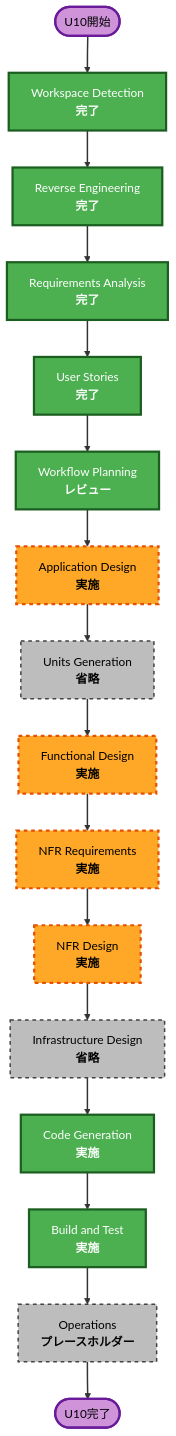
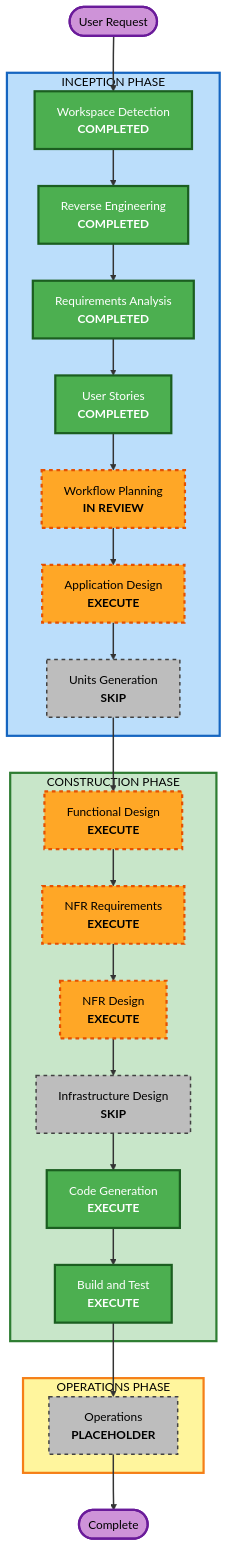
One commit to mori790/Zundamon_vido_Generator changed the diagram in aidlc-docs/inception/plans/execution-plan.md. Above: the diagram before and after it, drawn with Mermaid (neutral theme). The commit also changed other lines of this file and 52 other files, not shown here.

````diff
--- a/aidlc-docs/inception/plans/execution-plan.md
+++ b/aidlc-docs/inception/plans/execution-plan.md
@@ -30,51 +66,64 @@
 ```mermaid
 flowchart TD
-    Start(["U10開始"])
-    WD["Workspace Detection<br/><b>完了</b>"]
-    RE["Reverse Engineering<br/><b>完了</b>"]
-    RA["Requirements Analysis<br/><b>完了</b>"]
-    US["User Stories<br/><b>完了</b>"]
-    WP["Workflow Planning<br/><b>レビュー</b>"]
-    AD["Application Design<br/><b>実施</b>"]
-    UG["Units Generation<br/><b>省略</b>"]
-    FD["Functional Design<br/><b>実施</b>"]
-    NFRA["NFR Requirements<br/><b>実施</b>"]
-    NFRD["NFR Design<br/><b>実施</b>"]
-    ID["Infrastructure Design<br/><b>省略</b>"]
-    CG["Code Generation<br/><b>実施</b>"]
-    BT["Build and Test<br/><b>実施</b>"]
-    OPS["Operations<br/><b>プレースホルダー</b>"]
-    End(["U10完了"])
+    Start(["User Request"])
+
+    subgraph INCEPTION["INCEPTION PHASE"]
+        WD["Workspace Detection<br/><b>COMPLETED</b>"]
+        RE["Reverse Engineering<br/><b>COMPLETED</b>"]
+        RA["Requirements Analysis<br/><b>COMPLETED</b>"]
+        US["User Stories<br/><b>COMPLETED</b>"]
+        WP["Workflow Planning<br/><b>IN REVIEW</b>"]
+        AD["Application Design<br/><b>EXECUTE</b>"]
+        UG["Units Generation<br/><b>SKIP</b>"]
+    end
+
+    subgraph CONSTRUCTION["CONSTRUCTION PHASE"]
+        FD["Functional Design<br/><b>EXECUTE</b>"]
+        NFRA["NFR Requirements<br/><b>EXECUTE</b>"]
+        NFRD["NFR Design<br/><b>EXECUTE</b>"]
+        ID["Infrastructure Design<br/><b>SKIP</b>"]
+        CG["Code Generation<br/><b>EXECUTE</b>"]
+        BT["Build and Test<br/><b>EXECUTE</b>"]
+    end
+
+    subgraph OPERATIONS["OPERATIONS PHASE"]
+        OPS["Operations<br/><b>PLACEHOLDER</b>"]
+    end
+
     Start --> WD
     WD --> RE
     RE --> RA
     RA --> US
     US --> WP
     WP --> AD
     AD --> UG
     UG --> FD
     FD --> NFRA
     NFRA --> NFRD
     NFRD --> ID
     ID --> CG
     CG --> BT
     BT --> OPS
-    OPS --> End
+    OPS --> End(["Complete"])
+
     style WD fill:#4CAF50,stroke:#1B5E20,stroke-width:3px,color:#fff
     style RE fill:#4CAF50,stroke:#1B5E20,stroke-width:3px,color:#fff
     style RA fill:#4CAF50,stroke:#1B5E20,stroke-width:3px,color:#fff
     style US fill:#4CAF50,stroke:#1B5E20,stroke-width:3px,color:#fff
-    style WP fill:#4CAF50,stroke:#1B5E20,stroke-width:3px,color:#fff
-    style AD fill:#FFA726,stroke:#E65100,stroke-width:3px,stroke-dasharray:5 5,color:#000
-    style FD fill:#FFA726,stroke:#E65100,stroke-width:3px,stroke-dasharray:5 5,color:#000
-    style NFRA fill:#FFA726,stroke:#E65100,stroke-width:3px,stroke-dasharray:5 5,color:#000
-    style NFRD fill:#FFA726,stroke:#E65100,stroke-width:3px,stroke-dasharray:5 5,color:#000
+    style WP fill:#FFA726,stroke:#E65100,stroke-width:3px,stroke-dasharray: 5 5,color:#000
+    style AD fill:#FFA726,stroke:#E65100,stroke-width:3px,stroke-dasharray: 5 5,color:#000
+    style UG fill:#BDBDBD,stroke:#424242,stroke-width:2px,stroke-dasharray: 5 5,color:#000
+    style FD fill:#FFA726,stroke:#E65100,stroke-width:3px,stroke-dasharray: 5 5,color:#000
+    style NFRA fill:#FFA726,stroke:#E65100,stroke-width:3px,stroke-dasharray: 5 5,color:#000
+    style NFRD fill:#FFA726,stroke:#E65100,stroke-width:3px,stroke-dasharray: 5 5,color:#000
+    style ID fill:#BDBDBD,stroke:#424242,stroke-width:2px,stroke-dasharray: 5 5,color:#000
     style CG fill:#4CAF50,stroke:#1B5E20,stroke-width:3px,color:#fff
     style BT fill:#4CAF50,stroke:#1B5E20,stroke-width:3px,color:#fff
-    style UG fill:#BDBDBD,stroke:#424242,stroke-width:2px,stroke-dasharray:5 5,color:#000
-    style ID fill:#BDBDBD,stroke:#424242,stroke-width:2px,stroke-dasharray:5 5,color:#000
-    style OPS fill:#BDBDBD,stroke:#424242,stroke-width:2px,stroke-dasharray:5 5,color:#000
+    style OPS fill:#BDBDBD,stroke:#424242,stroke-width:2px,stroke-dasharray: 5 5,color:#000
     style Start fill:#CE93D8,stroke:#6A1B9A,stroke-width:3px,color:#000
     style End fill:#CE93D8,stroke:#6A1B9A,stroke-width:3px,color:#000
+    style INCEPTION fill:#BBDEFB,stroke:#1565C0,stroke-width:3px,color:#000
+    style CONSTRUCTION fill:#C8E6C9,stroke:#2E7D32,stroke-width:3px,color:#000
+    style OPERATIONS fill:#FFF59D,stroke:#F57F17,stroke-width:3px,color:#000
     linkStyle default stroke:#333,stroke-width:2px
 ```
````
